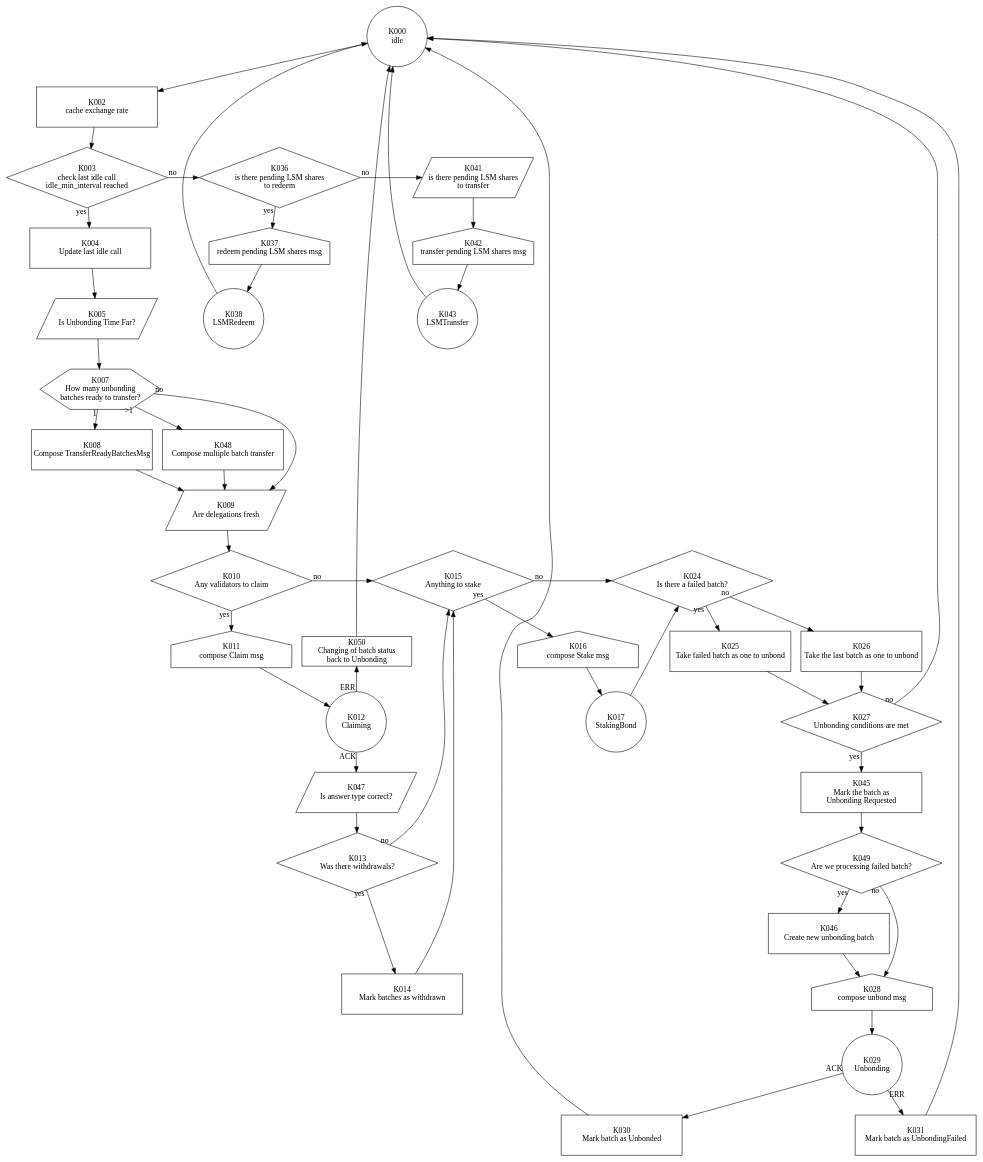
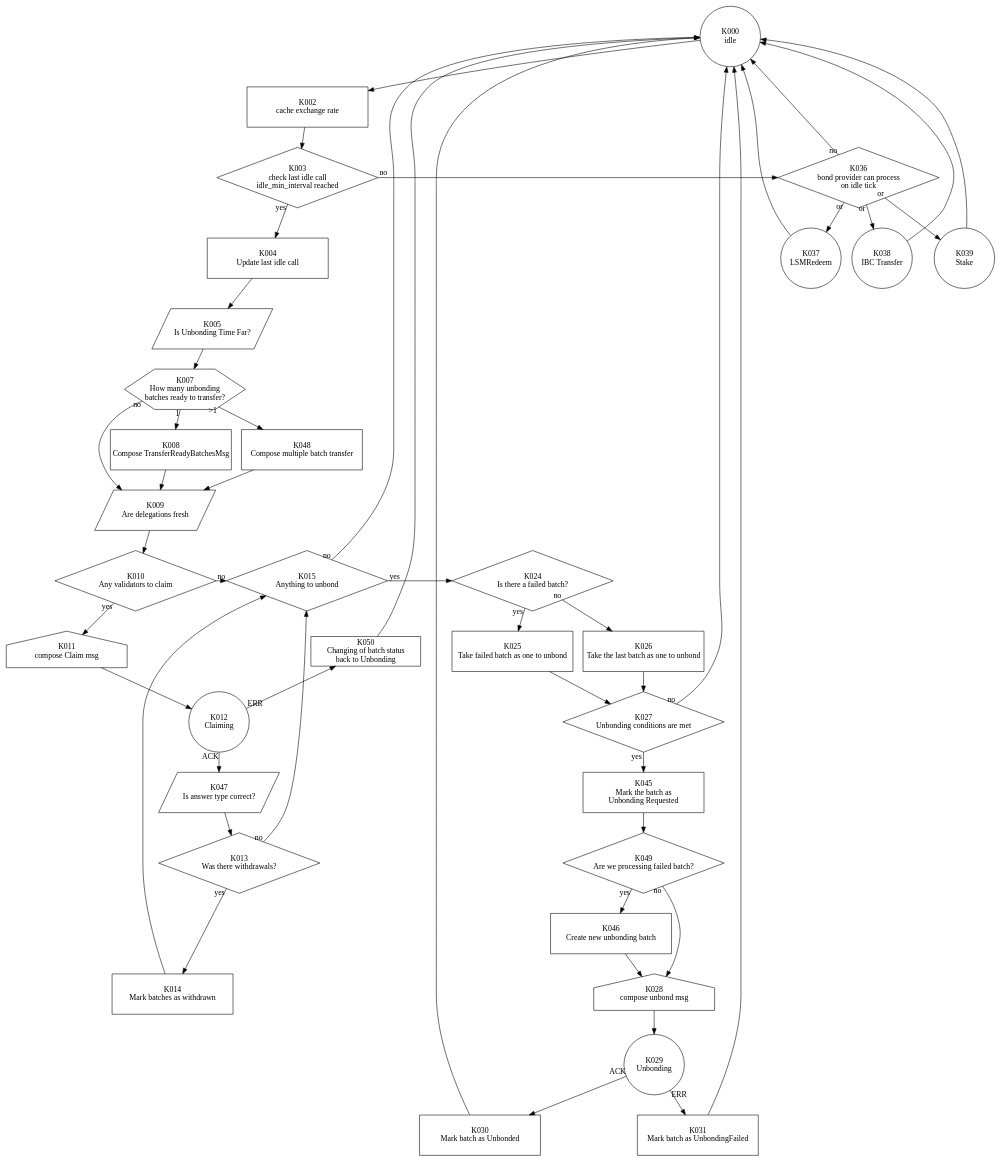
The diagram in graph.gv (hadronlabs-org/drop-contracts), drawn with Graphviz before and after one commit. The commit also changed 7 other files, not shown here.

```diff
--- a/graph.gv
+++ b/graph.gv
@@ -1,169 +1,164 @@
 digraph G {
     layout = dot;
     rankdir = TB;
     
     subgraph {
         rank = same;
         K000 [label = "K000\nidle";shape = circle;fixedsize = true;width = 1.5;height = 1.5;];
     }
     
     subgraph {
         rank = same;
         K002 [label = "K002\ncache exchange rate";shape = box;fixedsize = true;width = 3;height = 1;];
     }
     
     subgraph {
         rank = same;
         K003 [label = "K003\ncheck last idle call\nidle_min_interval reached";shape = diamond;fixedsize = true;width = 4;height = 1.5;];
-        K036 [label = "K036\nis there pending LSM shares\nto redeem";shape = diamond;fixedsize = true;width = 4;height = 1.5;];
-        K041 [label = "K041\nis there pending LSM shares\nto transfer";shape = polygon;sides = 4;skew = .4;fixedsize = true;width = 3;height = 1;];
+        K036 [label = "K036\nbond provider can process\non idle tick";shape = diamond;fixedsize = true;width = 4;height = 1.5;];
     }
     
     subgraph {
         rank = same;
         K004 [label = "K004\nUpdate last idle call";shape = box;fixedsize = true;width = 3;height = 1;];
-        K037 [label = "K037\nredeem pending LSM shares msg";shape = house;fixedsize = true;width = 3;height = 1;];
-        K042 [label = "K042\ntransfer pending LSM shares msg";shape = house;fixedsize = true;width = 3;height = 1;];
+        K037 [label = "K037\nLSMRedeem";shape = circle;fixedsize = true;width = 1.5;height = 1.5;];
+        K038 [label = "K038\nIBC Transfer";shape = circle;fixedsize = true;width = 1.5;height = 1.5;];
+        K039 [label = "K039\nStake";shape = circle;fixedsize = true;width = 1.5;height = 1.5;];
     }
     
     subgraph {
         rank = same;
         K005 [label = "K005\nIs Unbonding Time Far?";shape = polygon;sides = 4;skew = .4;fixedsize = true;width = 3;height = 1;];
-        K038 [label = "K038\nLSMRedeem";shape = circle;fixedsize = true;width = 1.5;height = 1.5;];
-        K043 [label = "K043\nLSMTransfer";shape = circle;fixedsize = true;width = 1.5;height = 1.5;];
     }
     
     subgraph {
         rank = same;
         K007 [label = "K007\nHow many unbonding\nbatches ready to transfer?";shape = hexagon;fixedsize = true;width = 3;height = 1;];
     }
     
     subgraph {
         rank = same;
         K008 [label = "K008\nCompose TransferReadyBatchesMsg";shape = box;fixedsize = true;width = 3;height = 1;];
         K048 [label = "K048\nCompose multiple batch transfer";shape = box;fixedsize = true;width = 3;height = 1;];
     }
     
     subgraph {
         rank = same;
         K009 [label = "K009\nAre delegations fresh";shape = polygon;sides = 4;skew = .4;fixedsize = true;width = 3;height = 1;];
     }
     
     subgraph {
         rank = same;
         K010 [label = "K010\nAny validators to claim";shape = diamond;fixedsize = true;width = 4;height = 1.5;];
-        K015 [label = "K015\nAnything to stake";shape = diamond;fixedsize = true;width = 4;height = 1.5;];
+        K015 [label = "K015\nAnything to unbond";shape = diamond;fixedsize = true;width = 4;height = 1.5;];
         K024 [label = "K024\nIs there a failed batch?";shape = diamond;fixedsize = true;width = 4;height = 1.5;];
     }
     
     subgraph {
         rank = same;
         K011 [label = "K011\ncompose Claim msg";shape = house;fixedsize = true;width = 3;height = 1;];
-        K016 [label = "K016\ncompose Stake msg";shape = house;fixedsize = true;width = 3;height = 1;];
         K025 [label = "K025\nTake failed batch as one to unbond";shape = box;fixedsize = true;width = 3;height = 1;];
         K026 [label = "K026\nTake the last batch as one to unbond";shape = box;fixedsize = true;width = 3;height = 1;];
         K050 [label = "K050\nChanging of batch status\nback to Unbonding";shape = box;];
     }
     
     subgraph {
         rank = same;
         K012 [label = "K012\nClaiming";shape = circle;fixedsize = true;width = 1.5;height = 1.5;];
-        K017 [label = "K017\nStakingBond";shape = circle;fixedsize = true;width = 1.5;height = 1.5;];
         K027 [label = "K027\nUnbonding conditions are met";shape = diamond;fixedsize = true;width = 4;height = 1.5;];
     }
     
     subgraph {
         rank = same;
         K047 [label = "K047\nIs answer type correct?";shape = polygon;sides = 4;skew = .4;fixedsize = true;width = 3;height = 1;];
         K045 [label = "K045\nMark the batch as\nUnbonding Requested";shape = box;fixedsize = true;width = 3;height = 1;];
     }
     
     subgraph {
         K046 [label = "K046\nCreate new unbonding batch";shape = box;fixedsize = true;width = 3;height = 1;];
         K013 [label = "K013\nWas there withdrawals?";shape = diamond;fixedsize = true;width = 4;height = 1.5;];
         K049 [label = "K049\nAre we processing failed batch?";shape = diamond;fixedsize = true;width = 4;height = 1.5;];
     }
     
     subgraph {
         rank = same;
         K014 [label = "K014\nMark batches as withdrawn";shape = box;fixedsize = true;width = 3;height = 1;];
         K028 [label = "K028\ncompose unbond msg";shape = house;fixedsize = true;width = 3;height = 1;];
     }
     
     subgraph {
         rank = same;
         K029 [label = "K029\nUnbonding";shape = circle;fixedsize = true;width = 1.5;height = 1.5;];
     }
     
     subgraph {
         rank = same;
         
         K030 [label = "K030\nMark batch as Unbonded";shape = box;fixedsize = true;width = 3;height = 1;];
         K031 [label = "K031\nMark batch as UnbondingFailed";shape = box;fixedsize = true;width = 3;height = 1;];
     }
     
     K000 -> K002;
     K002 -> K003;
     K003 -> K036 [taillabel = "no";];
     
-    K036 -> K037 [taillabel = "yes";];
-    K037 -> K038;
-    K036 -> K041 [taillabel = "no";];
-    K041 -> K042;
-    K042 -> K043;
+    K036 -> K000 [taillabel = "no";];
+    
+    K036 -> K037 [taillabel = "or";];
+    K037 -> K000;
+    
+    K036 -> K038 [taillabel = "or";];
+    K038 -> K000;
+    
+    K036 -> K039 [taillabel = "or";];
+    K039 -> K000;
     
     K003 -> K004 [taillabel = "yes";];
     K004 -> K005;
     K005 -> K007;
     
     K007 -> K008 [taillabel = "1";];
     K007 -> K048 [taillabel = ">1";];
     K007 -> K009 [taillabel = "no";];
     
     K008 -> K009;
     K048 -> K009;
     
     K009 -> K010;
     K010 -> K015 [taillabel = "no";];
     
-    K015 -> K016 [taillabel = "yes";];
-    K016 -> K017;
+    K015 -> K000 [taillabel = "no";];
     
-    K015 -> K024 [taillabel = "no";];
+    K015 -> K024 [taillabel = "yes";];
     
     K024 -> K025 [taillabel = "yes";];
     K028 -> K029;
     
     K024 -> K026 [taillabel = "no";];
     K010 -> K011 [taillabel = "yes";];
     K011 -> K012;
-    
-    K038 -> K000;
-    K043 -> K000;
     
     K013 -> K014 [taillabel = "yes";];
     K013 -> K015 [taillabel = "no";];
     
     K012 -> K047 [taillabel = "ACK";];
     K012 -> K050 [taillabel = "ERR";];
     K050 -> K000;
     K047 -> K013;
     K014 -> K015;
-    
-    K017 -> K024;
     
     K029 -> K030 [taillabel = "ACK";];
     K029 -> K031 [taillabel = "ERR";];
     
     K030 -> K000;
     K031 -> K000;
     K025 -> K027;
     K026 -> K027;
     
     K027 -> K045 [taillabel = "yes";];
     K027 -> K000 [taillabel = "no";];
     K045 -> K049;
     K049 -> K046 [taillabel = "yes";];
     K049 -> K028 [taillabel = "no";];
     K046 -> K028;
 }
```
